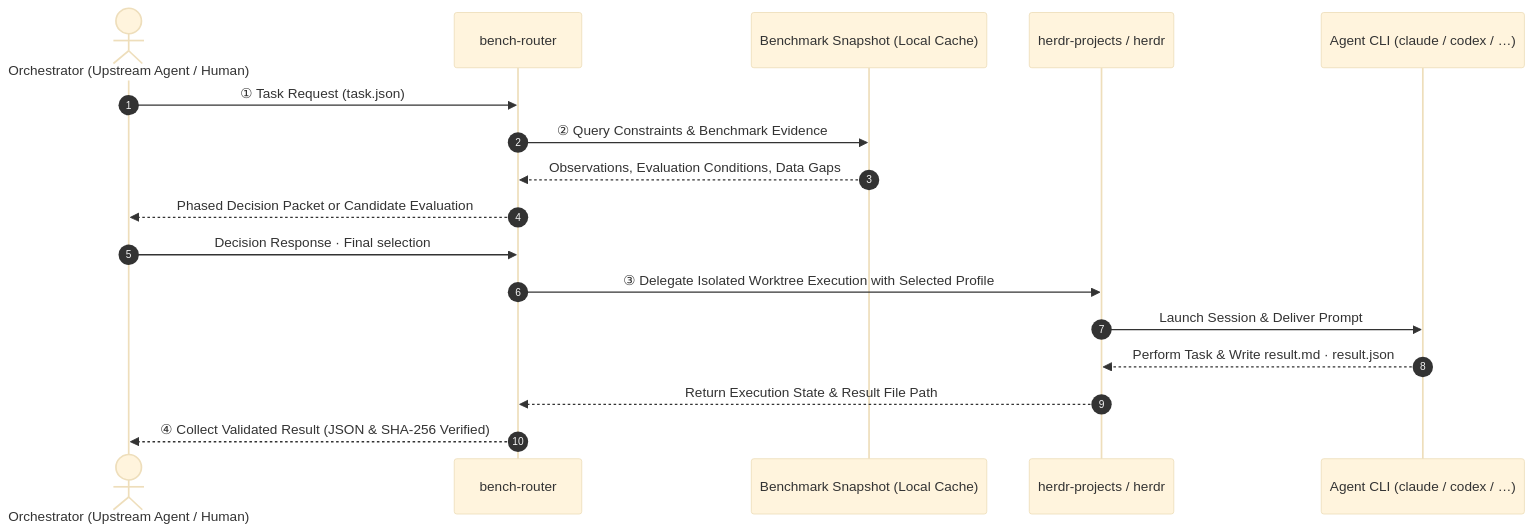
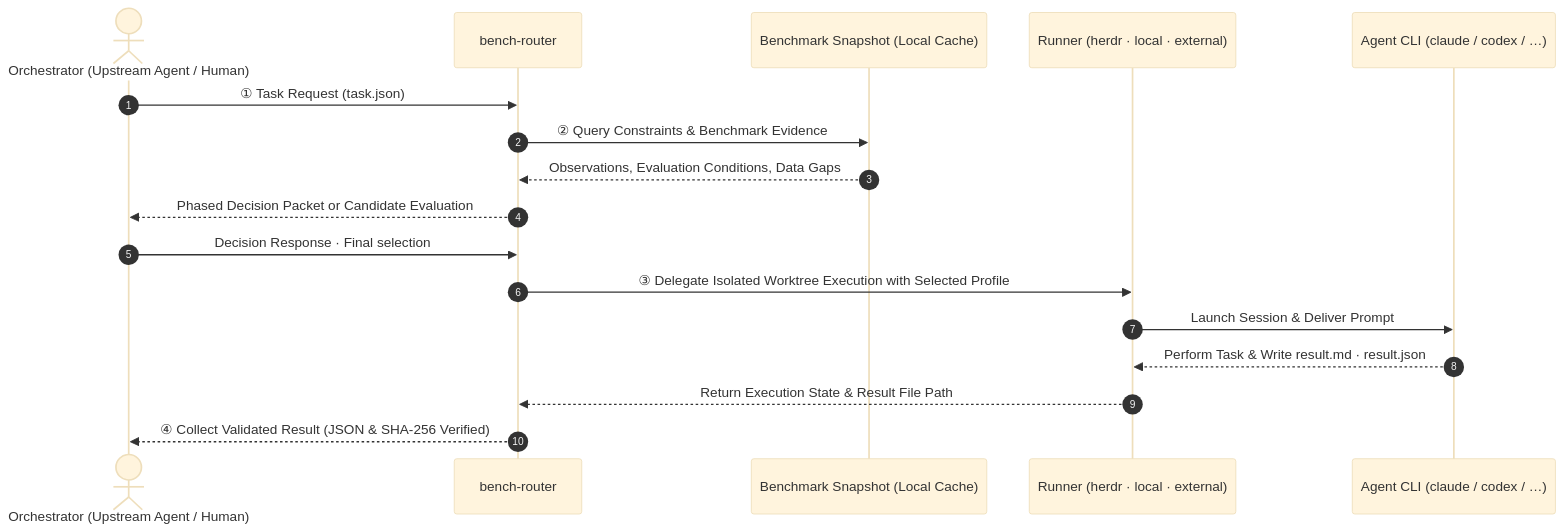
Before and after one commit to hjlim4u/bench-router: the first of 2 diagrams in README.md, drawn with Mermaid (base theme). The commit also changed other lines of this file, not shown here.

Commit message:
docs: reflect optional Herdr and runners in README

````diff
--- a/README.md
+++ b/README.md
@@ -20,20 +20,20 @@
 ```mermaid
 sequenceDiagram
     autonumber
     actor Orch as Orchestrator (Upstream Agent / Human)
     participant BR as bench-router
     participant Snap as Benchmark Snapshot (Local Cache)
-    participant HP as herdr-projects / herdr
+    participant HP as Runner (herdr · local · external)
     participant CLI as Agent CLI (claude / codex / …)
 
     Orch->>BR: ① Task Request (task.json)
     BR->>Snap: ② Query Constraints & Benchmark Evidence
     Snap-->>BR: Observations, Evaluation Conditions, Data Gaps
     BR-->>Orch: Phased Decision Packet or Candidate Evaluation
     Orch->>BR: Decision Response · Final selection
     BR->>HP: ③ Delegate Isolated Worktree Execution with Selected Profile
     HP->>CLI: Launch Session & Deliver Prompt
     CLI-->>HP: Perform Task & Write result.md · result.json
     HP-->>BR: Return Execution State & Result File Path
     BR-->>Orch: ④ Collect Validated Result (JSON & SHA-256 Verified)
 ```
````
